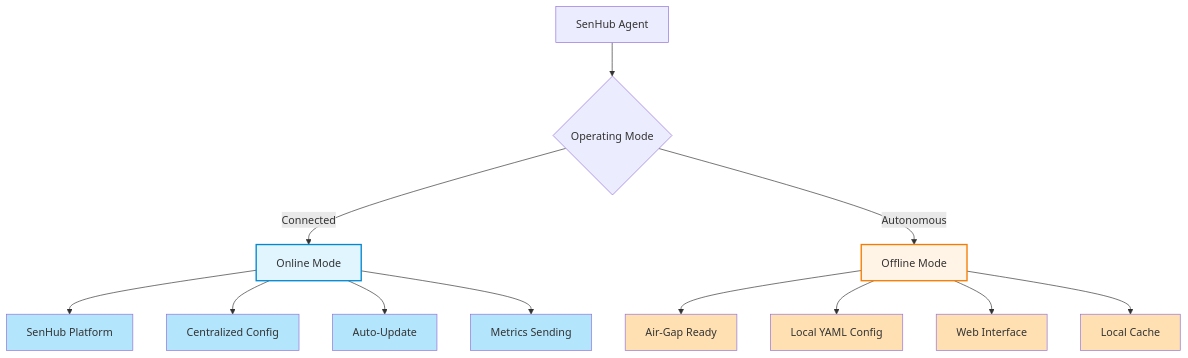
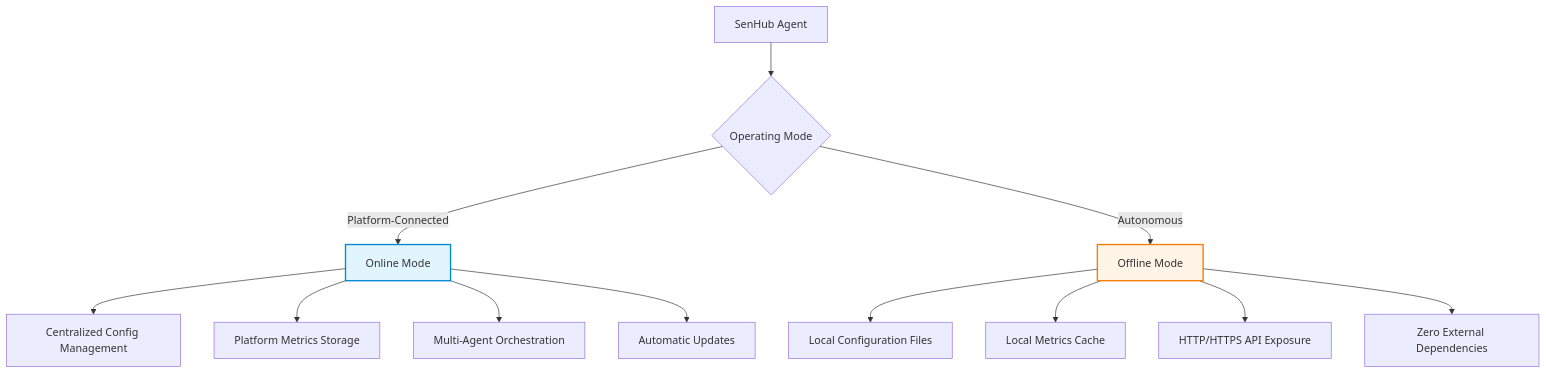
Before and after one commit to senhub-io/senhub-agent: the first of 9 diagrams in docs/user-guide/OPERATING-MODES.md, drawn with Mermaid. The commit also changed other lines of this file and 7 other files, not shown here.

````diff
--- a/docs/user-guide/OPERATING-MODES.md
+++ b/docs/user-guide/OPERATING-MODES.md
@@ -18,27 +24,19 @@
 ```mermaid
 graph TD
     A[SenHub Agent] --> B{Operating Mode}
-    B -->|Connected| C[Online Mode]
+    B -->|Platform-Connected| C[Online Mode]
     B -->|Autonomous| D[Offline Mode]
 
-    C --> C1[SenHub Platform]
-    C --> C2[Centralized Config]
-    C --> C3[Auto-Update]
-    C --> C4[Metrics Sending]
+    C --> C1[Centralized Config Management]
+    C --> C2[Platform Metrics Storage]
+    C --> C3[Multi-Agent Orchestration]
+    C --> C4[Automatic Updates]
 
-    D --> D1[Air-Gap Ready]
-    D --> D2[Local YAML Config]
-    D --> D3[Web Interface]
-    D --> D4[Local Cache]
+    D --> D1[Local Configuration Files]
+    D --> D2[Local Metrics Cache]
+    D --> D3[HTTP/HTTPS API Exposure]
+    D --> D4[Zero External Dependencies]
 
     style C fill:#e1f5ff,stroke:#0288d1,stroke-width:2px
     style D fill:#fff4e6,stroke:#f57c00,stroke-width:2px
-    style C1 fill:#b3e5fc
-    style C2 fill:#b3e5fc
-    style C3 fill:#b3e5fc
-    style C4 fill:#b3e5fc
-    style D1 fill:#ffe0b2
-    style D2 fill:#ffe0b2
-    style D3 fill:#ffe0b2
-    style D4 fill:#ffe0b2
 ```
````
